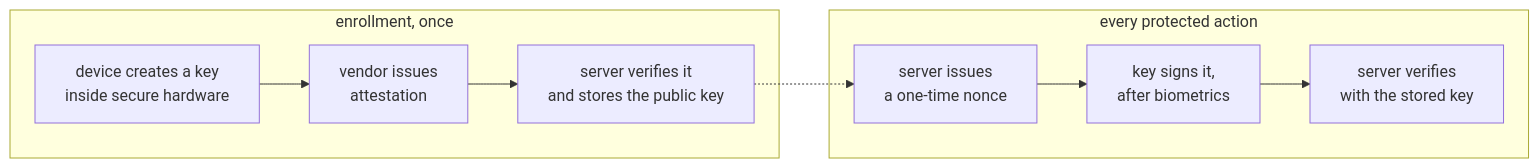
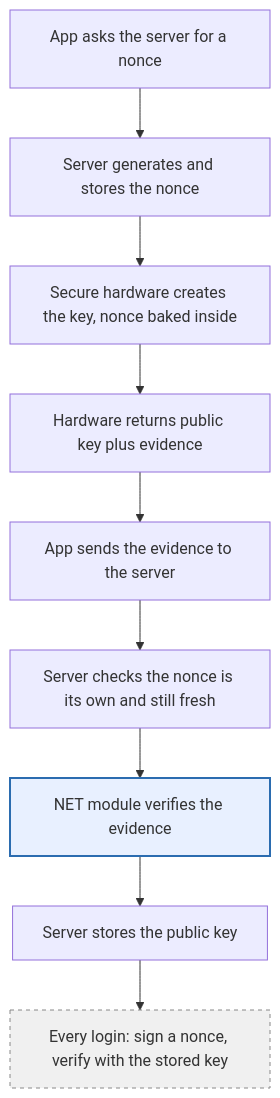
The first of 5 diagrams in README.md (PabloNAX/attestation-verifier), drawn with Mermaid before and after one commit. The commit also changed other lines of this file, not shown here.

Commit message:
README: one flow diagram per platform, tighter prose

````diff
--- a/README.md
+++ b/README.md
@@ -31,12 +10,17 @@
 ```mermaid
-flowchart LR
-  subgraph once["enrollment, once"]
-    A["device creates a key<br/>inside secure hardware"] --> B["vendor issues<br/>attestation"]
-    B --> C["server verifies it<br/>and stores the public key"]
-  end
-  subgraph every["every protected action"]
-    D["server issues<br/>a one-time nonce"] --> E["key signs it,<br/>after biometrics"]
-    E --> F["server verifies<br/>with the stored key"]
-  end
-  C -.-> D
+flowchart TD
+    A["App asks the server for a nonce"]
+    B["Server generates and stores the nonce"]
+    C["Secure hardware creates the key, nonce baked inside"]
+    D["Hardware returns public key plus evidence"]
+    E["App sends the evidence to the server"]
+    F["Server checks the nonce is its own and still fresh"]
+    G["NET module verifies the evidence"]
+    H["Server stores the public key"]
+    I["Every login: sign a nonce, verify with the stored key"]
+
+    A --> B --> C --> D --> E --> F --> G --> H --> I
+
+    style G fill:#e8f0ff,stroke:#2b6cb0,stroke-width:2px
+    style I fill:#f0f0f0,stroke:#888,stroke-dasharray:4
 ```
````
